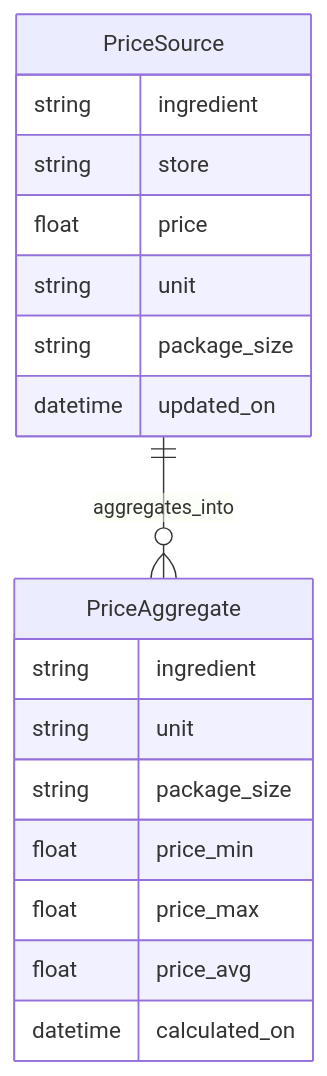
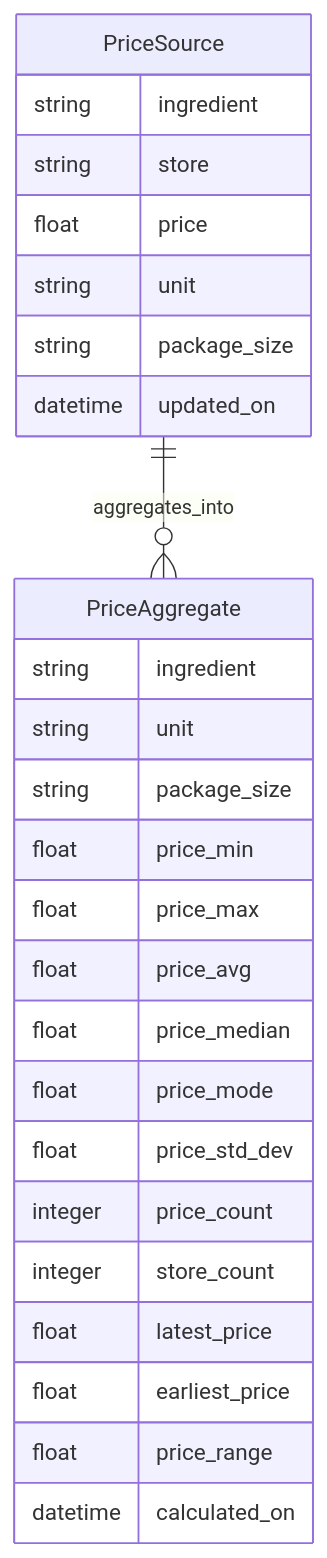
Before and after one commit to PhoenixAscendDev/Random: the second of 2 diagrams in PriceAggregate-unit.md, drawn with Mermaid. The commit also changed other lines of this file, not shown here.

````diff
--- a/PriceAggregate-unit.md
+++ b/PriceAggregate-unit.md
@@ -48,23 +48,31 @@
 ```mermaid
 erDiagram
     PriceSource {
         string ingredient
         string store
         float price
         string unit
         string package_size
         datetime updated_on
     }
 
     PriceAggregate {
         string ingredient
         string unit
         string package_size
         float price_min
         float price_max
         float price_avg
+        float price_median
+        float price_mode
+        float price_std_dev
+        integer price_count
+        integer store_count
+        float latest_price
+        float earliest_price
+        float price_range
         datetime calculated_on
     }
 
     PriceSource ||--o{ PriceAggregate : aggregates_into
 ```
````
